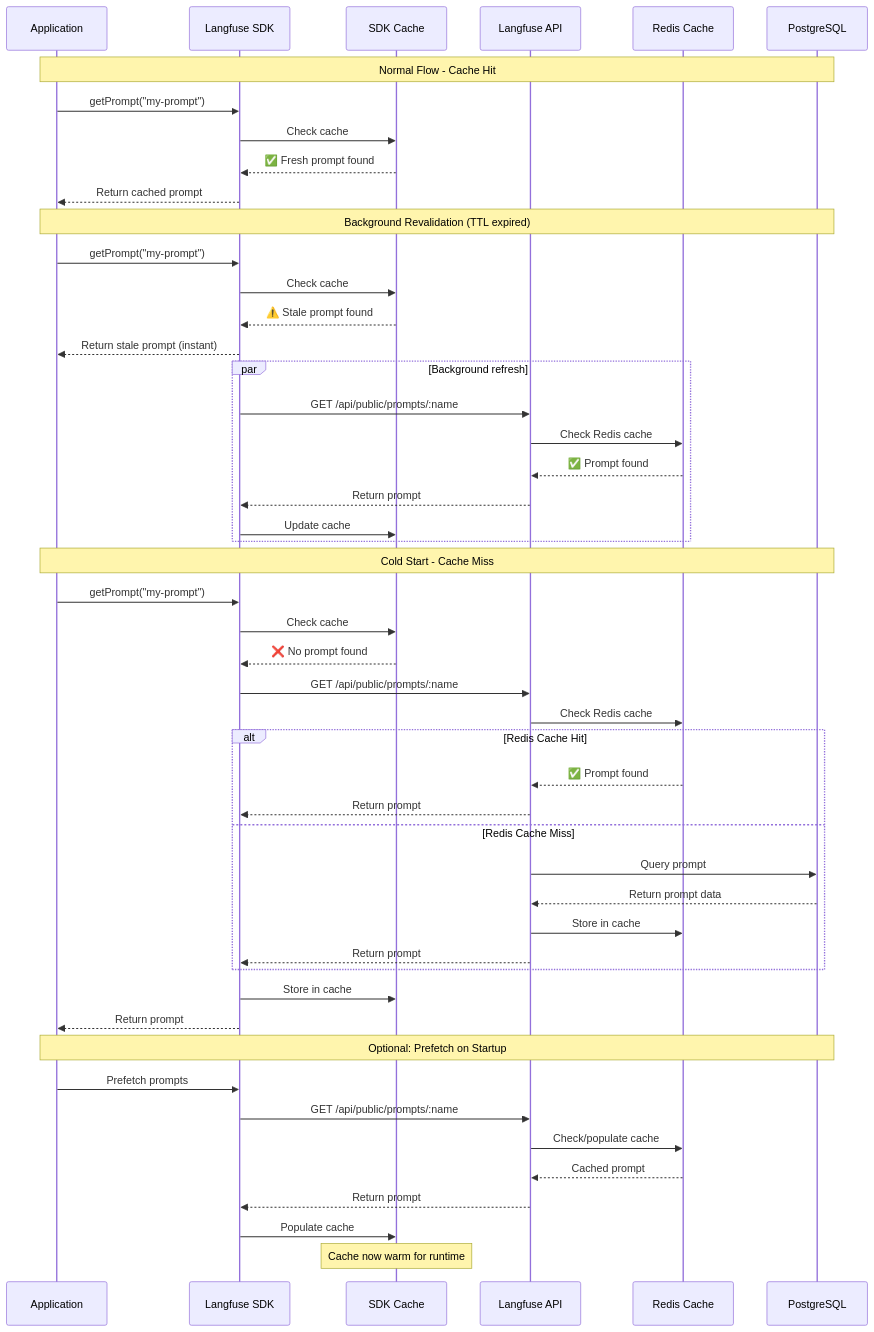
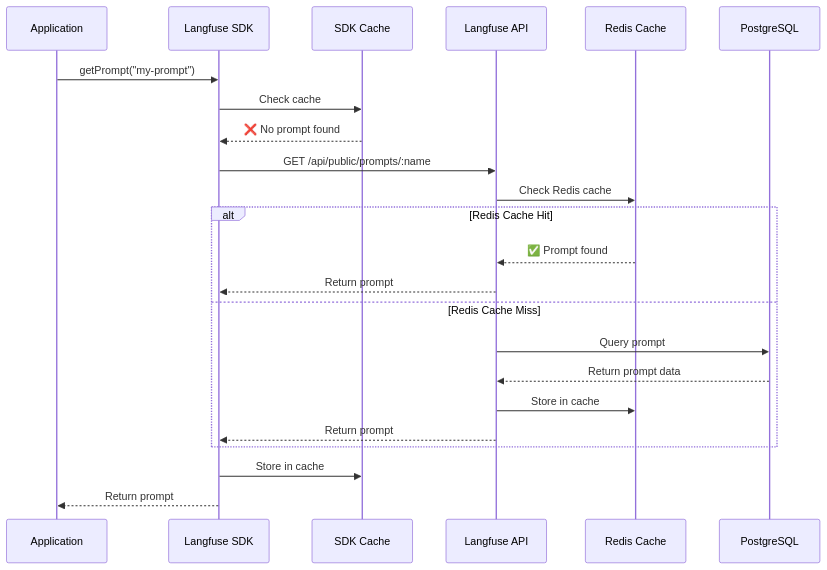
Before and after one commit to langfuse/langfuse-docs: the third of 4 diagrams in pages/docs/prompts/get-started.mdx, drawn with Mermaid. The commit also changed other lines of this file, not shown here.

````diff
--- a/pages/docs/prompts/get-started.mdx
+++ b/pages/docs/prompts/get-started.mdx
@@ -858,58 +909,28 @@
 ```mermaid
 sequenceDiagram
     participant App as Application
     participant SDK as Langfuse SDK
     participant Cache as SDK Cache
     participant API as Langfuse API
     participant Redis as Redis Cache
     participant DB as PostgreSQL
 
-    Note over App,DB: Normal Flow - Cache Hit
-    App->>SDK: getPrompt("my-prompt")
-    SDK->>Cache: Check cache
-    Cache-->>SDK: ✅ Fresh prompt found
-    SDK-->>App: Return cached prompt
-
-    Note over App,DB: Background Revalidation (TTL expired)
-    App->>SDK: getPrompt("my-prompt") 
-    SDK->>Cache: Check cache
-    Cache-->>SDK: ⚠️ Stale prompt found
-    SDK-->>App: Return stale prompt (instant)
-    
-    par Background refresh
-        SDK->>API: GET /api/public/prompts/:name
-        API->>Redis: Check Redis cache
-        Redis-->>API: ✅ Prompt found
-        API-->>SDK: Return prompt
-        SDK->>Cache: Update cache
-    end
-
-    Note over App,DB: Cold Start - Cache Miss
     App->>SDK: getPrompt("my-prompt")
     SDK->>Cache: Check cache
     Cache-->>SDK: ❌ No prompt found
     SDK->>API: GET /api/public/prompts/:name
     API->>Redis: Check Redis cache
-    
+
     alt Redis Cache Hit
         Redis-->>API: ✅ Prompt found
         API-->>SDK: Return prompt
     else Redis Cache Miss
         API->>DB: Query prompt
         DB-->>API: Return prompt data
         API->>Redis: Store in cache
         API-->>SDK: Return prompt
     end
-    
+
     SDK->>Cache: Store in cache
     SDK-->>App: Return prompt
-
-    Note over App,DB: Optional: Prefetch on Startup
-    App->>SDK: Prefetch prompts
-    SDK->>API: GET /api/public/prompts/:name
-    API->>Redis: Check/populate cache
-    Redis-->>API: Cached prompt
-    API-->>SDK: Return prompt
-    SDK->>Cache: Populate cache
-    Note over Cache: Cache now warm for runtime
 ```
````
